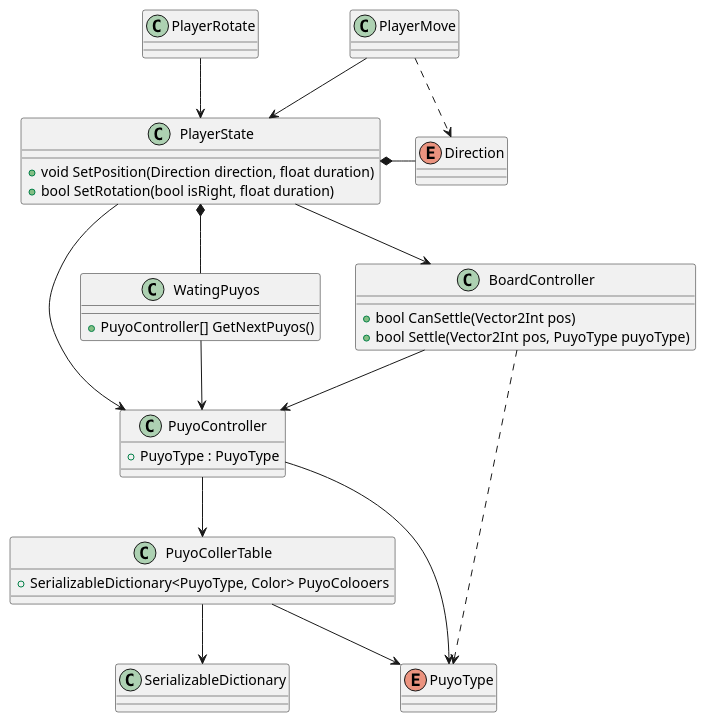
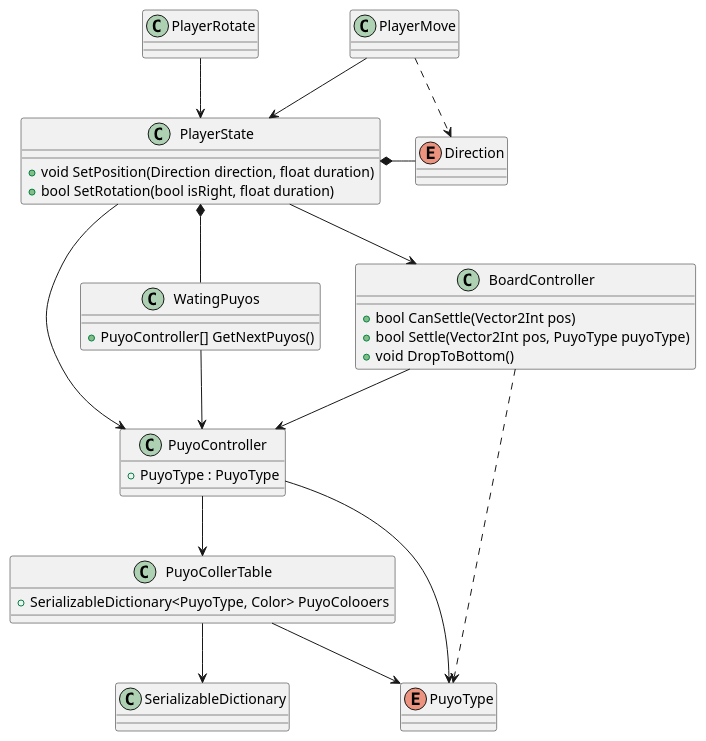
One commit to snnn30/UniteBlocks changed the diagram in puyopuyo.pu. Above: the diagram before and after it, drawn with PlantUML. The commit also changed 3 other files, not shown here.

```diff
--- a/puyopuyo.pu
+++ b/puyopuyo.pu
@@ -1,43 +1,44 @@
 @startuml hoge
 class BoardController{
     +bool CanSettle(Vector2Int pos) 
     +bool Settle(Vector2Int pos, PuyoType puyoType)
+    +void DropToBottom()
 }
 class PuyoController{
     +PuyoType : PuyoType
 }
 class PuyoCollerTable{
     +SerializableDictionary<PuyoType, Color> PuyoColooers
 }
 class SerializableDictionary
 enum PuyoType
 
 class PlayerRotate
 class PlayerMove
 class PlayerState{
     +void SetPosition(Direction direction, float duration)
     +bool SetRotation(bool isRight, float duration)
 }
 enum Direction
 class WatingPuyos{
     +PuyoController[] GetNextPuyos()
 }
 
 BoardController --> PuyoController
 BoardController ..> PuyoType
 PuyoController --> PuyoCollerTable
 PuyoController --> PuyoType
 PuyoCollerTable --> SerializableDictionary
 PuyoCollerTable --> PuyoType
 
 PlayerRotate --> PlayerState
 PlayerMove --> PlayerState
 PlayerMove ..> Direction
 PlayerState --> PuyoController
 PlayerState --> BoardController
 PlayerState *- Direction
 PlayerState *-- WatingPuyos
 WatingPuyos --> PuyoController
 
 
 @enduml
```
